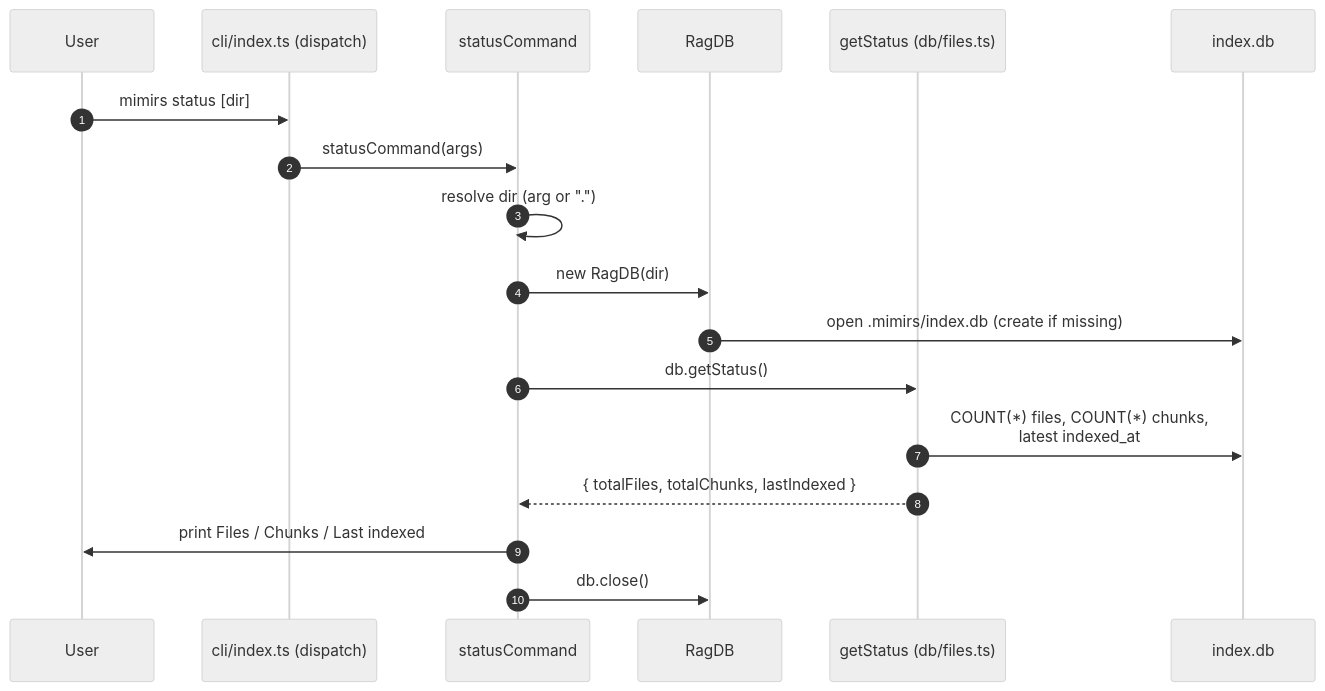
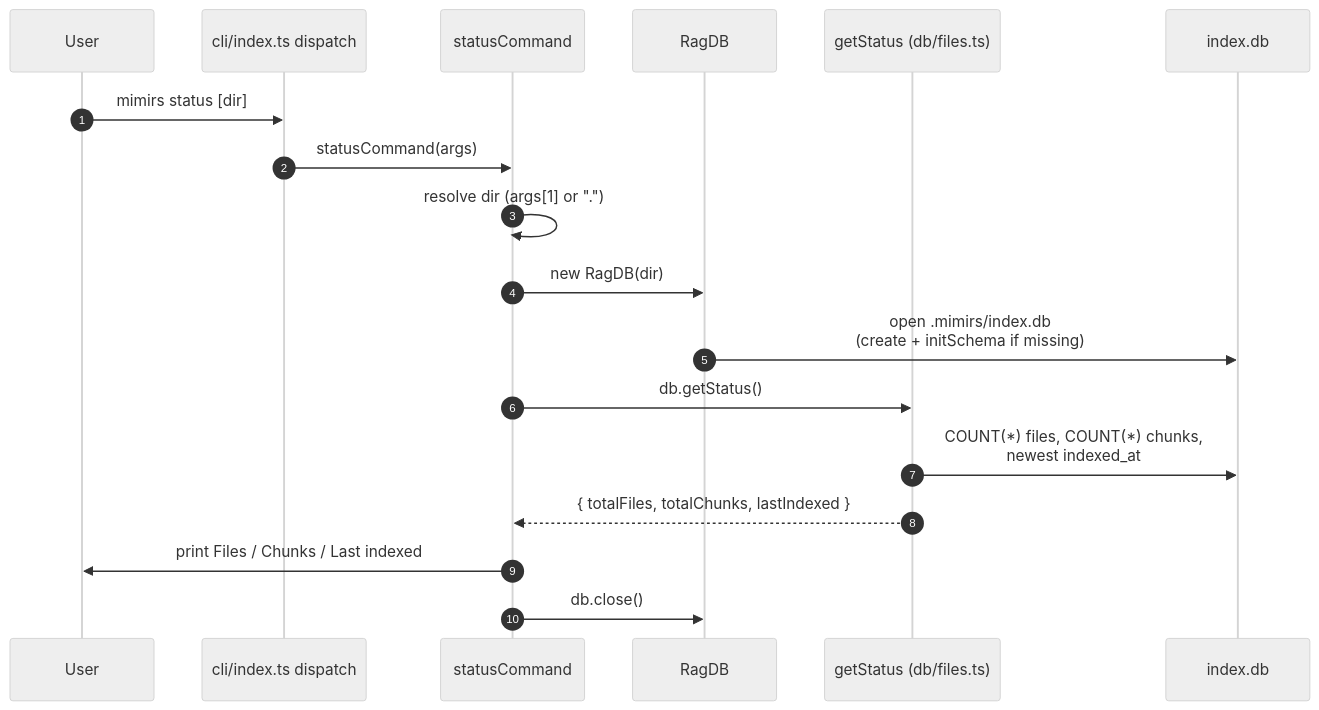
One commit to TheWinci/mimirs changed the diagram in wiki/cli/status.md. Above: the diagram before and after it, drawn with Mermaid (neutral theme). The commit also changed other lines of this file and 55 other files, not shown here.

````diff
--- a/wiki/cli/status.md
+++ b/wiki/cli/status.md
@@ -11,21 +11,21 @@
 ```mermaid
 sequenceDiagram
     autonumber
     participant User
-    participant CLI as cli/index.ts (dispatch)
+    participant Dispatch as cli/index.ts dispatch
     participant Handler as statusCommand
     participant DB as RagDB
     participant Files as getStatus (db/files.ts)
     participant SQLite as index.db
 
-    User->>CLI: mimirs status [dir]
-    CLI->>Handler: statusCommand(args)
-    Handler->>Handler: resolve dir (arg or ".")
+    User->>Dispatch: mimirs status [dir]
+    Dispatch->>Handler: statusCommand(args)
+    Handler->>Handler: resolve dir (args[1] or ".")
     Handler->>DB: new RagDB(dir)
-    DB->>SQLite: open .mimirs/index.db (create if missing)
+    DB->>SQLite: open .mimirs/index.db<br>(create + initSchema if missing)
     Handler->>Files: db.getStatus()
-    Files->>SQLite: COUNT(*) files, COUNT(*) chunks,<br>latest indexed_at
+    Files->>SQLite: COUNT(*) files, COUNT(*) chunks,<br>newest indexed_at
     Files-->>Handler: { totalFiles, totalChunks, lastIndexed }
     Handler->>User: print Files / Chunks / Last indexed
     Handler->>DB: db.close()
 ```
````
